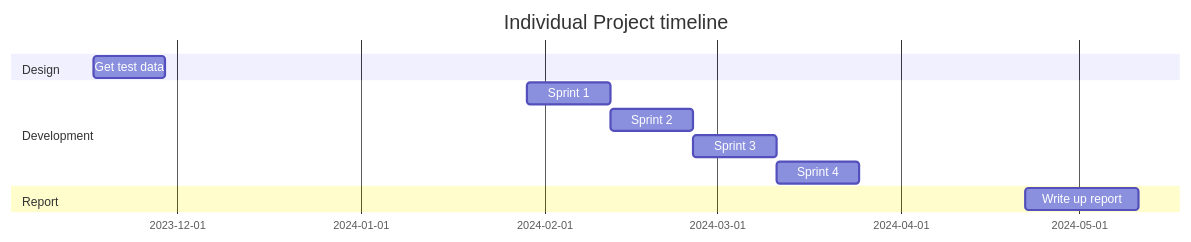
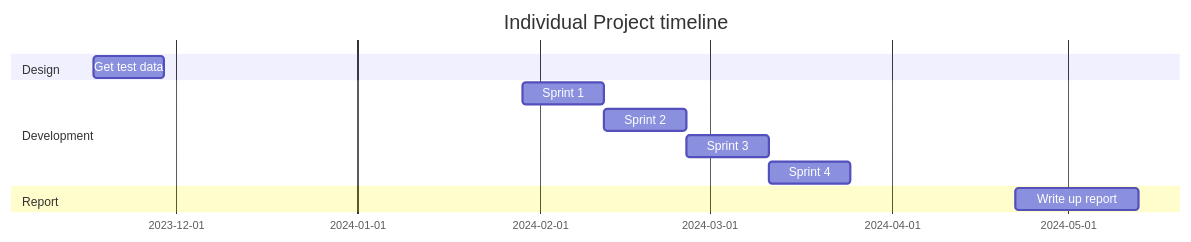
Before and after one commit to Paul0221/Year-3: the diagram in Individual Project Timeline.md, drawn with Mermaid. The commit also changed other lines of this file and 1 other file, not shown here.

````diff
--- a/Individual Project Timeline.md
+++ b/Individual Project Timeline.md
@@ -3,20 +10,20 @@
 ```mermaid
 
 gantt
 
 	title Individual Project timeline
 	dateFormat DD-MM-YYYY
 	
 	section Design
 	Get test data:ade1, 17-11-2023, 12d
 	
 	section Development
 	Sprint 1: imp1, 29-01-2024, 14d
 	Sprint 2: imp2, after imp1 12-02-2024, 14d
 	Sprint 3: imp3, after imp2 26-02-2024, 14d
 	Sprint 4: imp4, after imp3 11-03-2024, 14d
 	
 	section Report
-	Write up report: rep1, 22-04-2024, 19d
+	Write up report: rep1, 22-04-2024, 21d
 
 ```
````
